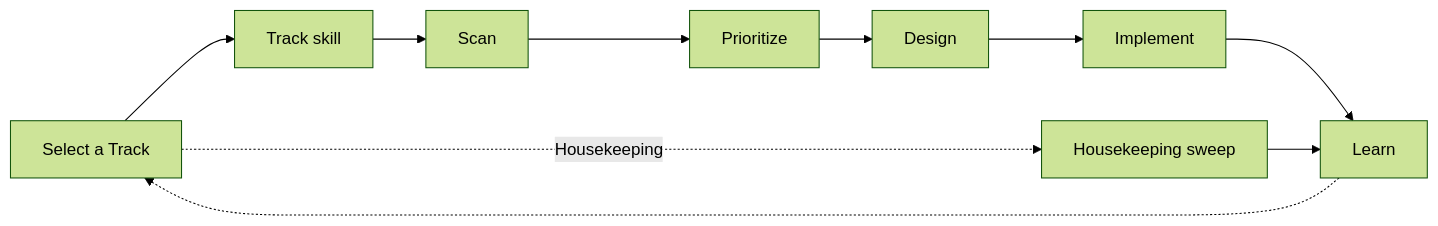
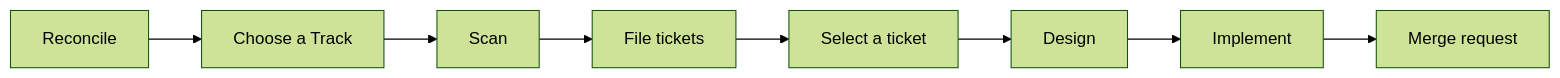
One commit to Art4/continuous-refactoring changed the diagram in README.md. Above: the diagram before and after it, drawn with Mermaid (forest theme). The commit also changed other lines of this file and 94 other files, not shown here.

````diff
--- a/README.md
+++ b/README.md
@@ -15,12 +16,10 @@
 ```mermaid
 flowchart LR
-    Select[Select a Track] --> Track[Track skill]
-    Track --> Scan[Scan]
-    Scan --> Prioritize[Prioritize]
-    Prioritize --> Design[Design]
-    Design --> Implement[Implement]
-    Implement --> Learn[Learn]
-    Learn -.-> Select
-    Select -. Housekeeping .-> HK[Housekeeping sweep]
-    HK --> Learn
+    Reconcile --> Track[Choose a Track]
+    Track --> Scan
+    Scan --> File[File tickets]
+    File --> Select[Select a ticket]
+    Select --> Design
+    Design --> Implement
+    Implement --> MR[Merge request]
 ```
````
